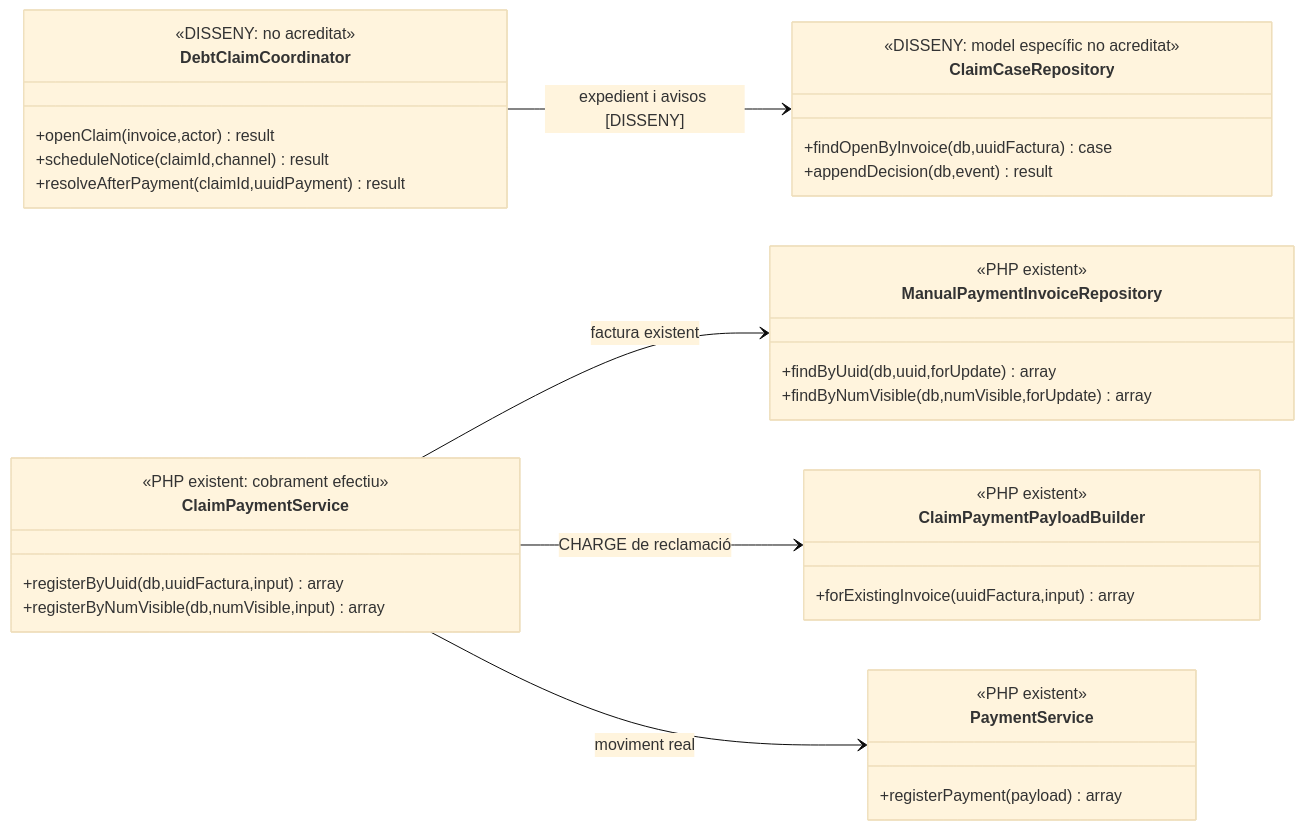
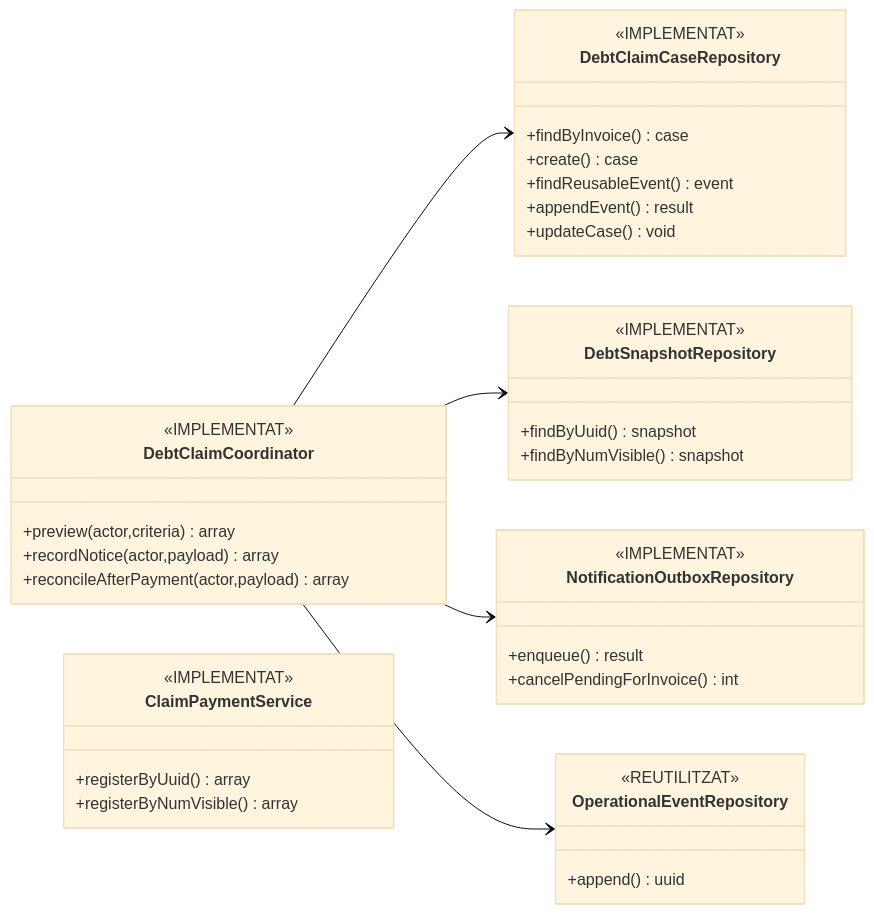
One commit to orgmeriemprismacat-del/verifactu changed the third of 5 diagrams in documentacio/07-uml-integrat/uc-012-morositat-reclamacio.md. Above: the diagram before and after it, drawn with Mermaid (base theme). The commit also changed other lines of this file, not shown here.

Commit message:
docs(UC-012): reconcilia UML integrat amb coordinador implementat

````diff
--- a/documentacio/07-uml-integrat/uc-012-morositat-reclamacio.md
+++ b/documentacio/07-uml-integrat/uc-012-morositat-reclamacio.md
@@ -113,37 +113,41 @@
 ```mermaid
 classDiagram
 direction LR
 class DebtClaimCoordinator {
- <<DISSENY: no acreditat>>
- +openClaim(invoice,actor) result
- +scheduleNotice(claimId,channel) result
- +resolveAfterPayment(claimId,uuidPayment) result
+ <<IMPLEMENTAT>>
+ +preview(actor,criteria) array
+ +recordNotice(actor,payload) array
+ +reconcileAfterPayment(actor,payload) array
 }
-class ClaimCaseRepository {
- <<DISSENY: model específic no acreditat>>
- +findOpenByInvoice(db,uuidFactura) case
- +appendDecision(db,event) result
+class DebtClaimCaseRepository {
+ <<IMPLEMENTAT>>
+ +findByInvoice() case
+ +create() case
+ +findReusableEvent() event
+ +appendEvent() result
+ +updateCase() void
+}
+class DebtSnapshotRepository {
+ <<IMPLEMENTAT>>
+ +findByUuid() snapshot
+ +findByNumVisible() snapshot
+}
+class NotificationOutboxRepository {
+ <<IMPLEMENTAT>>
+ +enqueue() result
+ +cancelPendingForInvoice() int
+}
+class OperationalEventRepository {
+ <<REUTILITZAT>>
+ +append() uuid
 }
 class ClaimPaymentService {
- <<PHP existent: cobrament efectiu>>
- +registerByUuid(db,uuidFactura,input) array
- +registerByNumVisible(db,numVisible,input) array
+ <<IMPLEMENTAT>>
+ +registerByUuid() array
+ +registerByNumVisible() array
 }
-class ClaimPaymentPayloadBuilder {
- <<PHP existent>>
- +forExistingInvoice(uuidFactura,input) array
-}
-class ManualPaymentInvoiceRepository {
- <<PHP existent>>
- +findByUuid(db,uuid,forUpdate) array
- +findByNumVisible(db,numVisible,forUpdate) array
-}
-class PaymentService {
- <<PHP existent>>
- +registerPayment(payload) array
-}
-DebtClaimCoordinator --> ClaimCaseRepository : expedient i avisos [DISSENY]
-ClaimPaymentService --> ManualPaymentInvoiceRepository : factura existent
-ClaimPaymentService --> ClaimPaymentPayloadBuilder : CHARGE de reclamació
-ClaimPaymentService --> PaymentService : moviment real
+DebtClaimCoordinator --> DebtClaimCaseRepository
+DebtClaimCoordinator --> DebtSnapshotRepository
+DebtClaimCoordinator --> NotificationOutboxRepository
+DebtClaimCoordinator --> OperationalEventRepository
 ```
````
